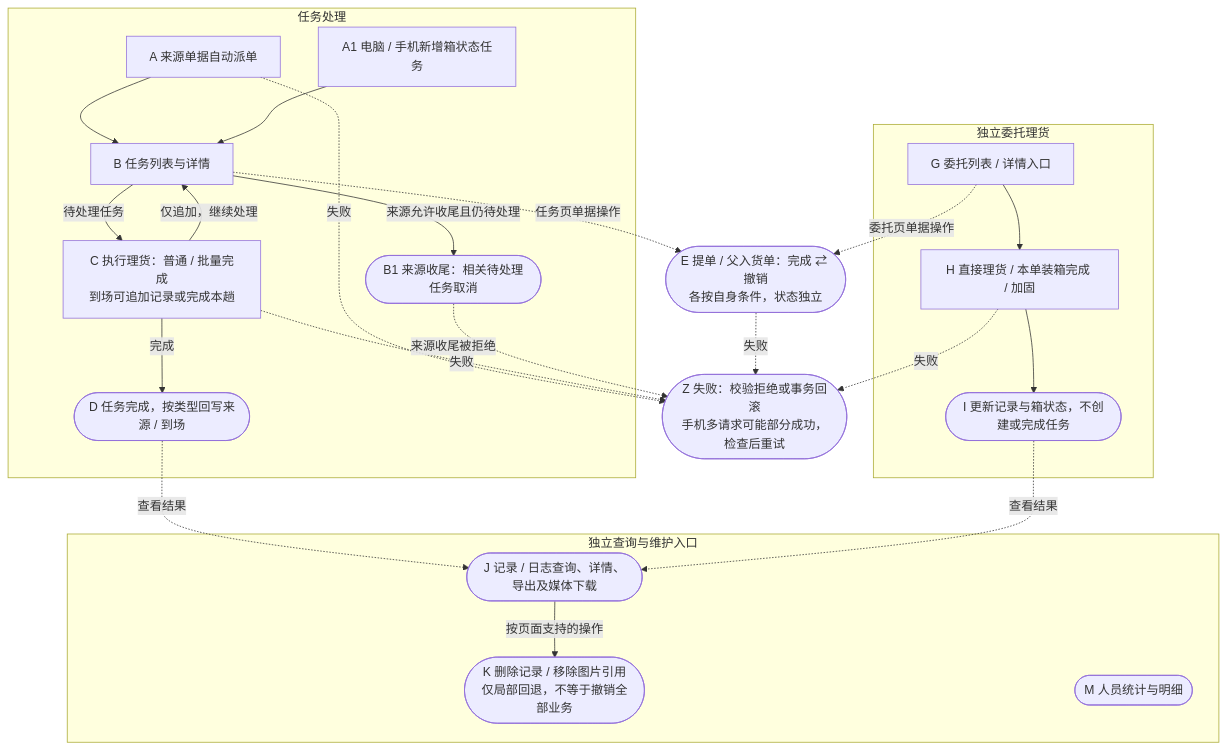
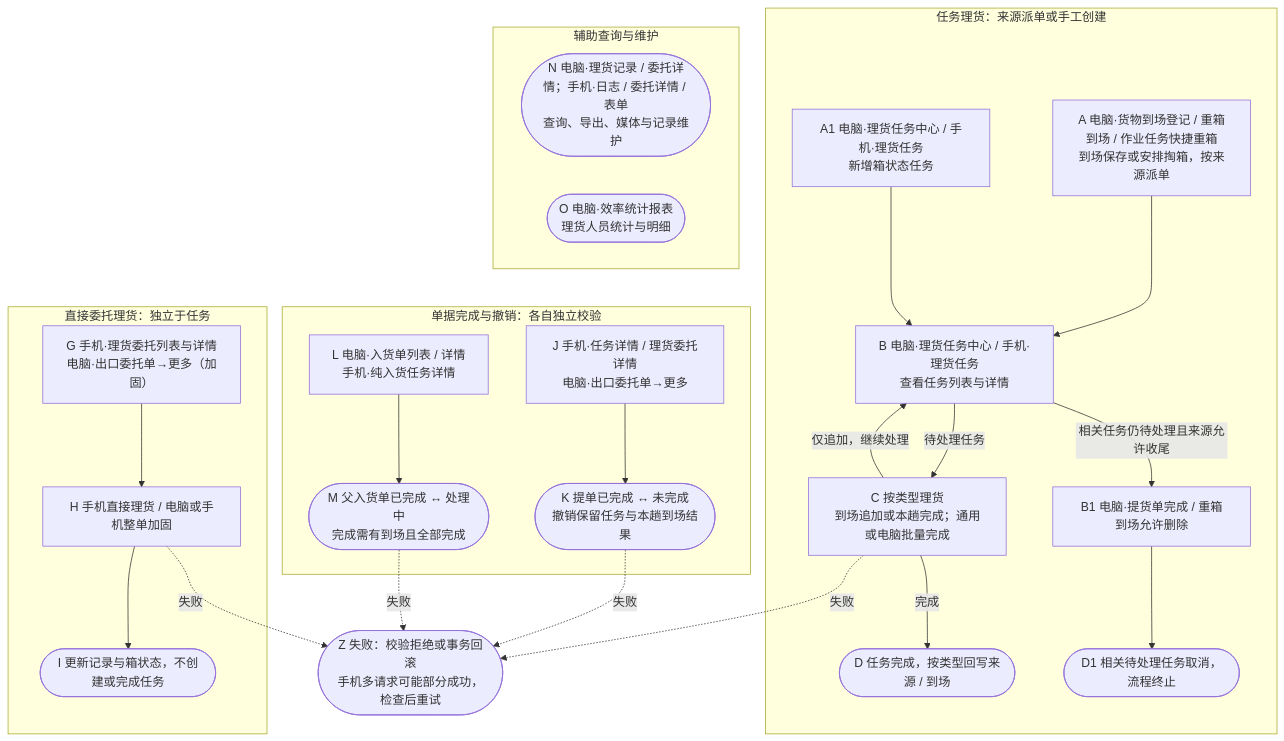
One commit to mapanpan0802-ui/codexAi changed the first of 7 diagrams in skill-previews/code-module-feature-map/storage-tally/ai-context.md. Above: the diagram before and after it, drawn with Mermaid. The commit also changed other lines of this file and 6 other files, not shown here.

````diff
--- a/skill-previews/code-module-feature-map/storage-tally/ai-context.md
+++ b/skill-previews/code-module-feature-map/storage-tally/ai-context.md
@@ -293,40 +293,41 @@
 ```mermaid
 flowchart TB
-  subgraph TASK["任务处理"]
-    A["A 来源单据自动派单"]
-    A1["A1 电脑 / 手机新增箱状态任务"]
-    B["B 任务列表与详情"]
-    C["C 执行理货：普通 / 批量完成<br/>到场可追加记录或完成本趟"]
+  subgraph TASK["任务理货：来源派单或手工创建"]
+    A["A 电脑·货物到场登记 / 重箱到场 / 作业任务快捷重箱<br/>到场保存或安排掏箱，按来源派单"]
+    A1["A1 电脑·理货任务中心 / 手机·理货任务<br/>新增箱状态任务"]
+    B["B 电脑·理货任务中心 / 手机·理货任务<br/>查看任务列表与详情"]
+    C["C 按类型理货<br/>到场追加或本趟完成；通用或电脑批量完成"]
     D(["D 任务完成，按类型回写来源 / 到场"])
-    B1(["B1 来源收尾：相关待处理任务取消"])
+    B1["B1 电脑·提货单完成 / 重箱到场允许删除"]
+    D1(["D1 相关待处理任务取消，流程终止"])
     A --> B
     A1 --> B
     B -->|待处理任务| C
     C -->|完成| D
     C -->|仅追加，继续处理| B
-    B -->|来源允许收尾且仍待处理| B1
+    B -->|相关任务仍待处理且来源允许收尾| B1 --> D1
   end
-  subgraph ORDER["独立委托理货"]
-    G["G 委托列表 / 详情入口"]
-    H["H 直接理货 / 本单装箱完成 / 加固"]
+  subgraph ORDER["直接委托理货：独立于任务"]
+    G["G 手机·理货委托列表与详情<br/>电脑·出口委托单→更多（加固）"]
+    H["H 手机直接理货 / 电脑或手机整单加固"]
     I(["I 更新记录与箱状态，不创建或完成任务"])
     G --> H --> I
   end
-  E(["E 提单 / 父入货单：完成 ⇄ 撤销<br/>各按自身条件，状态独立"])
-  B -.->|任务页单据操作| E
-  G -.->|委托页单据操作| E
-  subgraph SUPPORT["独立查询与维护入口"]
-    J(["J 记录 / 日志查询、详情、导出及媒体下载"])
-    K(["K 删除记录 / 移除图片引用<br/>仅局部回退，不等于撤销全部业务"])
-    M(["M 人员统计与明细"])
-    J -->|按页面支持的操作| K
+  subgraph DOCUMENT["单据完成与撤销：各自独立校验"]
+    J["J 手机·任务详情 / 理货委托详情<br/>电脑·出口委托单→更多"]
+    K(["K 提单已完成 ↔ 未完成<br/>撤销保留任务与本趟到场结果"])
+    L["L 电脑·入货单列表 / 详情<br/>手机·纯入货任务详情"]
+    M(["M 父入货单已完成 ↔ 处理中<br/>完成需有到场且全部完成"])
+    J --> K
+    L --> M
   end
-  D -.->|查看结果| J
-  I -.->|查看结果| J
+  subgraph SUPPORT["辅助查询与维护"]
+    N(["N 电脑·理货记录 / 委托详情；手机·日志 / 委托详情 / 表单<br/>查询、导出、媒体与记录维护"])
+    O(["O 电脑·效率统计报表<br/>理货人员统计与明细"])
+  end
   Z(["Z 失败：校验拒绝或事务回滚<br/>手机多请求可能部分成功，检查后重试"])
-  A -.->|失败| Z
   C -.->|失败| Z
   H -.->|失败| Z
-  E -.->|失败| Z
-  B1 -.->|来源收尾被拒绝| Z
+  K -.->|失败| Z
+  M -.->|失败| Z
 ```
````
